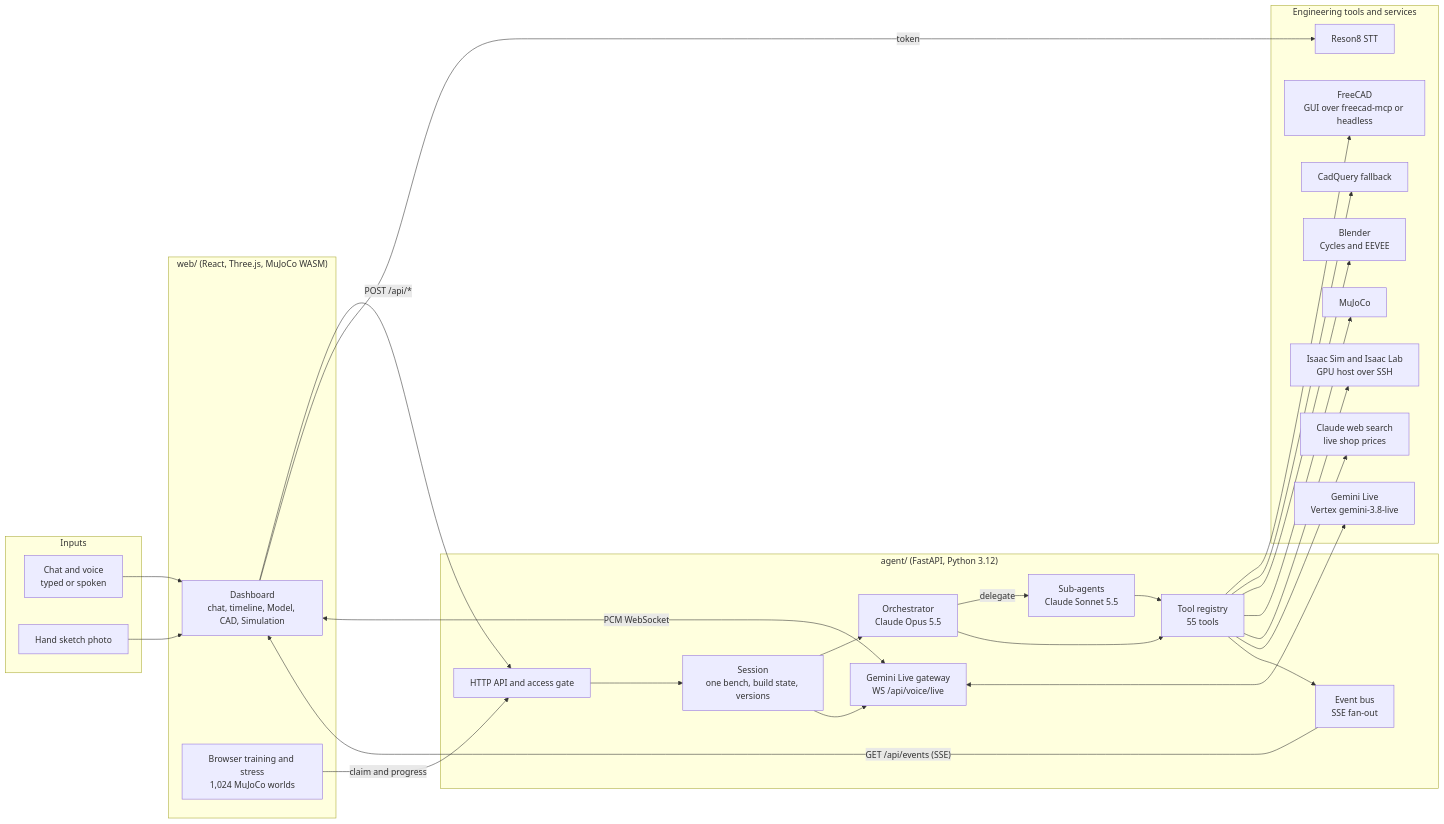
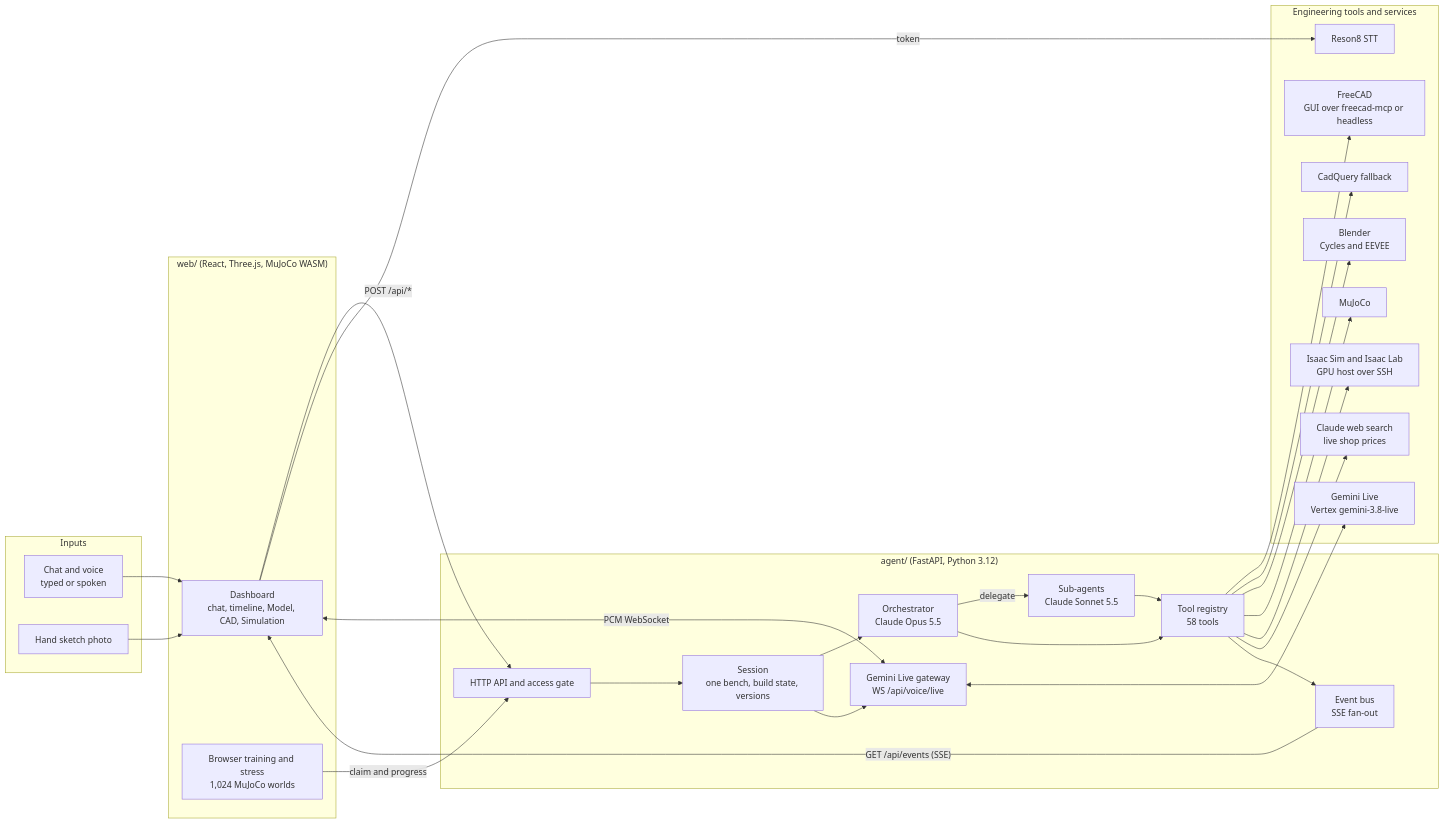
The first of 3 diagrams in docs/ARCHITECTURE.md (AnyBuildhackathon/bauplan), drawn with Mermaid before and after one commit. The commit also changed other lines of this file and 32 other files, not shown here.

````diff
--- a/docs/ARCHITECTURE.md
+++ b/docs/ARCHITECTURE.md
@@ -9,55 +9,55 @@
 ```mermaid
 flowchart LR
     subgraph Inputs
         U[Chat and voice<br/>typed or spoken]
         S[Hand sketch photo]
     end
 
     subgraph Web["web/ (React, Three.js, MuJoCo WASM)"]
         UI[Dashboard<br/>chat, timeline, Model, CAD, Simulation]
         BT[Browser training and stress<br/>1,024 MuJoCo worlds]
     end
 
     subgraph Backend["agent/ (FastAPI, Python 3.12)"]
         API[HTTP API and access gate]
         SES[Session<br/>one bench, build state, versions]
         ORC[Orchestrator<br/>Claude Opus 5.5]
         SUB[Sub-agents<br/>Claude Sonnet 5.5]
         GLV[Gemini Live gateway<br/>WS /api/voice/live]
-        REG[Tool registry<br/>55 tools]
+        REG[Tool registry<br/>58 tools]
         BUS[Event bus<br/>SSE fan-out]
     end
 
     subgraph External["Engineering tools and services"]
         FC[FreeCAD<br/>GUI over freecad-mcp or headless]
         CQ[CadQuery fallback]
         BL[Blender<br/>Cycles and EEVEE]
         MJ[MuJoCo]
         IS[Isaac Sim and Isaac Lab<br/>GPU host over SSH]
         R8[Reson8 STT]
         GL[Gemini Live<br/>Vertex gemini-3.8-live]
         WS[Claude web search<br/>live shop prices]
     end
 
     U --> UI
     S --> UI
     UI -- "POST /api/*" --> API
     API --> SES
     SES --> ORC
     SES --> GLV
     ORC -- delegate --> SUB
     ORC --> REG
     SUB --> REG
     REG --> FC
     REG --> CQ
     REG --> BL
     REG --> MJ
     REG --> IS
     REG --> WS
     REG --> BUS
     GLV <--> GL
     BUS -- "GET /api/events (SSE)" --> UI
     UI -- "token" --> R8
     UI <-- "PCM WebSocket" --> GLV
     BT -- "claim and progress" --> API
 ```
````
